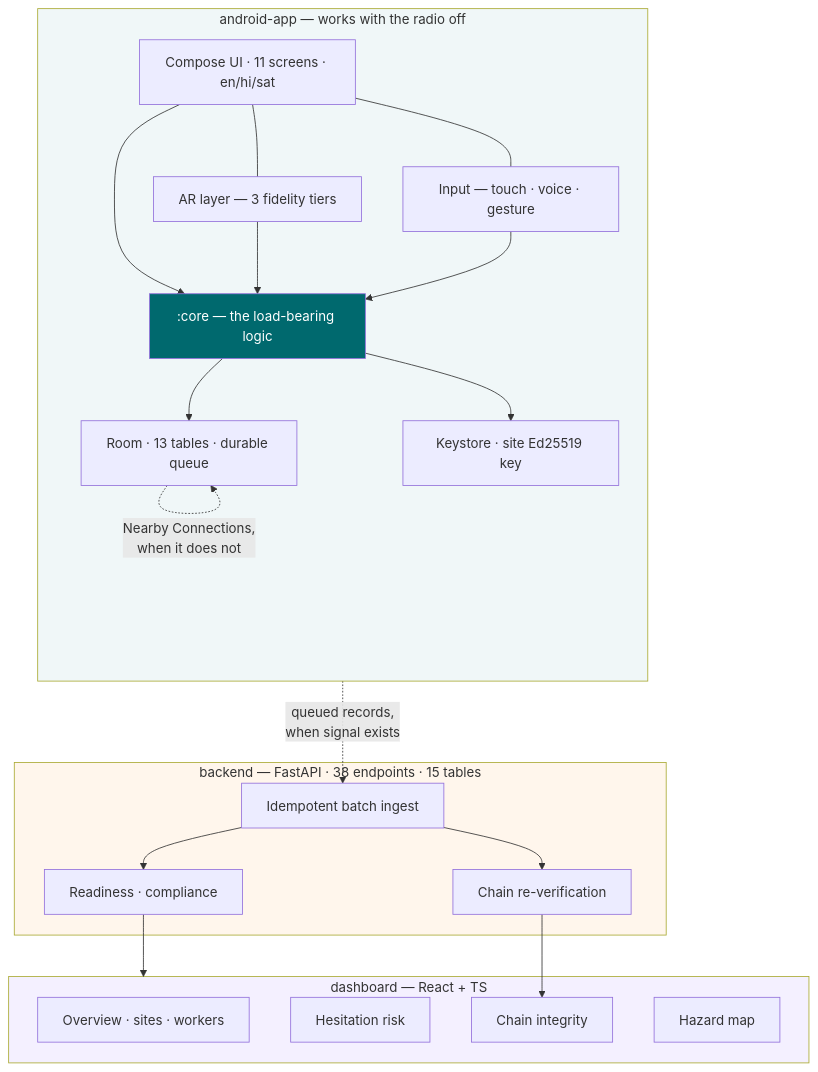
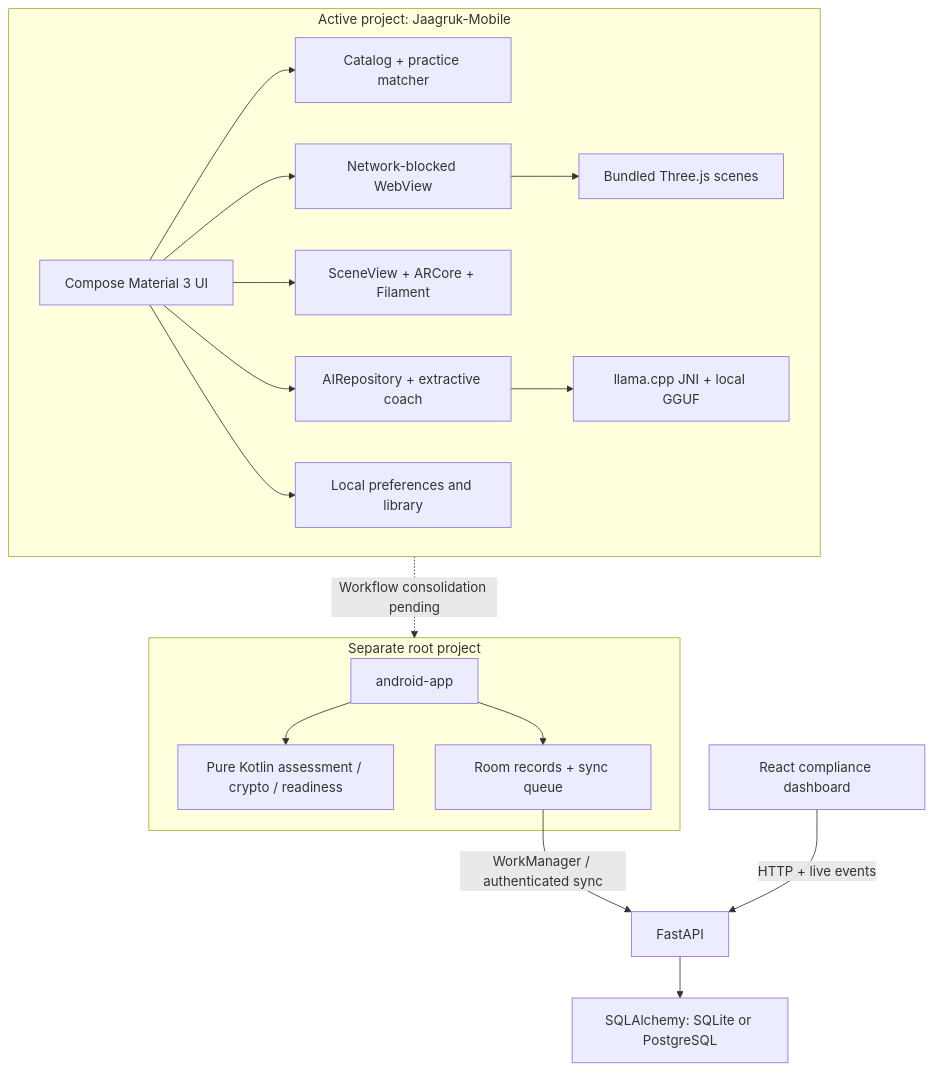
One commit to palakrai573/Jaagruk-app changed the first of 6 diagrams in README.md. Above: the diagram before and after it, drawn with Mermaid. The commit also changed other lines of this file and 6 other files, not shown here.

Commit message:
docs: present Jaagruk architecture, validation, metrics and interface gallery

````diff
--- a/README.md
+++ b/README.md
@@ -129,44 +122,31 @@
 ```mermaid
 flowchart TB
-    subgraph PHONE["android-app — works with the radio off"]
-        direction TB
-        UI["Compose UI · 11 screens · en/hi/sat"]
-        AR["AR layer — 3 fidelity tiers"]
-        IN["Input — touch · voice · gesture"]
-        UI --- AR
-        UI --- IN
-        ENG[":core — the load-bearing logic"]
-        UI --> ENG
-        AR --> ENG
-        IN --> ENG
-        ROOM["Room · 13 tables · durable queue"]
-        KS["Keystore · site Ed25519 key"]
-        ENG --> ROOM
-        ENG --> KS
+    subgraph MOBILE["Active project: Jaagruk-Mobile"]
+        UI["Compose Material 3 UI"]
+        PRACTICE["Catalog + practice matcher"]
+        WEBVIEW["Network-blocked WebView"]
+        THREE["Bundled Three.js scenes"]
+        AR["SceneView + ARCore + Filament"]
+        COACH["AIRepository + extractive coach"]
+        ENGINE["llama.cpp JNI + local GGUF"]
+        LOCAL["Local preferences and library"]
+        UI --> PRACTICE
+        UI --> WEBVIEW --> THREE
+        UI --> AR
+        UI --> COACH --> ENGINE
+        UI --> LOCAL
     end
 
-    subgraph SERVER["backend — FastAPI · 38 endpoints · 15 tables"]
-        SYNC["Idempotent batch ingest"]
-        CHAIN["Chain re-verification"]
-        COMP["Readiness · compliance"]
+    subgraph COMPLIANCE["Separate root project"]
+        APP["android-app"]
+        CORE["Pure Kotlin assessment / crypto / readiness"]
+        ROOM["Room records + sync queue"]
+        APP --> CORE
+        APP --> ROOM
     end
 
-    subgraph WEB["dashboard — React + TS"]
-        OV["Overview · sites · workers"]
-        HR["Hesitation risk"]
-        CI["Chain integrity"]
-        MAP["Hazard map"]
-    end
-
-    ROOM -.->|"queued records,<br/>when signal exists"| SYNC
-    ROOM -.->|"Nearby Connections,<br/>when it does not"| ROOM
-    SYNC --> CHAIN
-    SYNC --> COMP
-    COMP --> WEB
-    CHAIN --> CI
-
-    style ENG fill:#00696e,color:#fff
-    style PHONE fill:#f0f7f8
-    style SERVER fill:#fff6ec
-    style WEB fill:#f4f0ff
+    ROOM -->|"WorkManager / authenticated sync"| API["FastAPI"]
+    API --> DB["SQLAlchemy: SQLite or PostgreSQL"]
+    DASH["React compliance dashboard"] -->|"HTTP + live events"| API
+    MOBILE -. "Workflow consolidation pending" .-> COMPLIANCE
 ```
````
